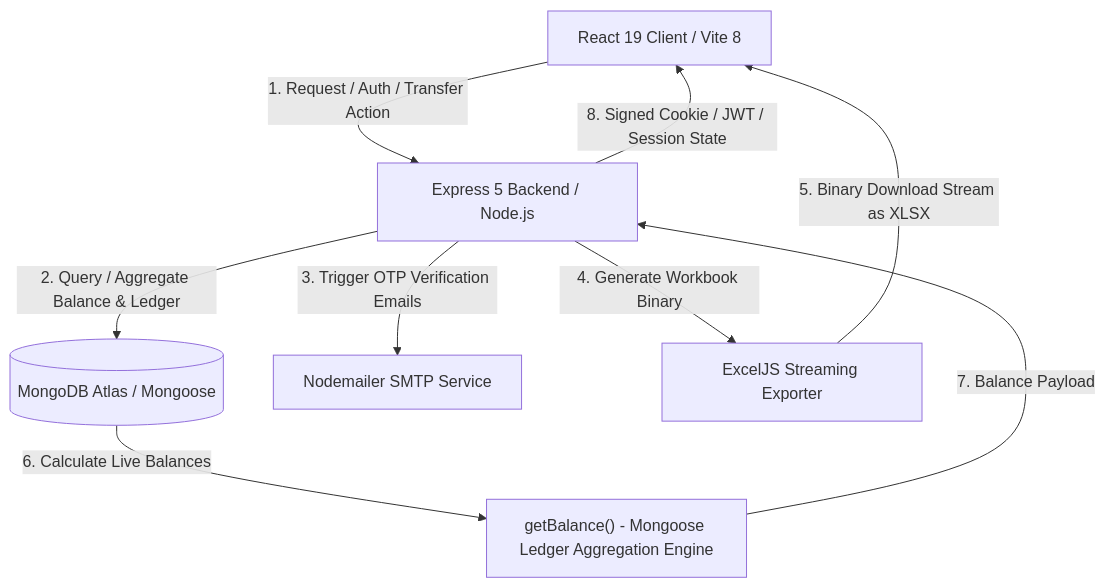
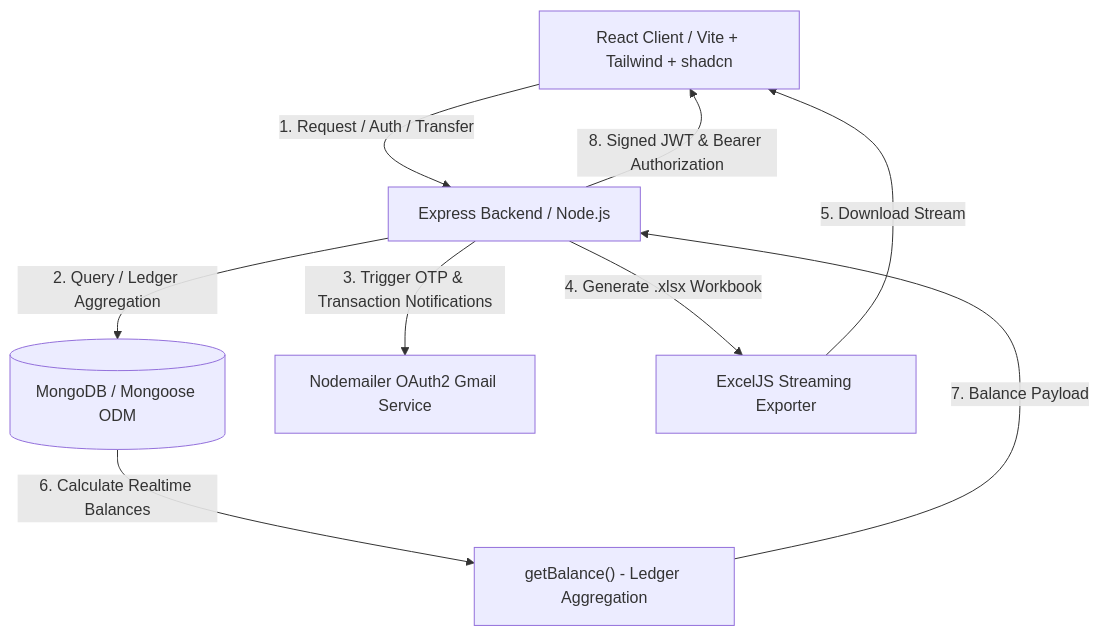
Before and after one commit to nihar5776/Banking-System: the diagram in README.md, drawn with Mermaid. The commit also changed other lines of this file and 41 other files, not shown here.

Commit message:
feat: redesign modern banking frontend with purple theme, recharts analytics, transaction history, and tab-isolated auth

````diff
--- a/README.md
+++ b/README.md
@@ -23,11 +23,11 @@
 ```mermaid
 graph TD
-    Client[React 19 Client / Vite 8] -->|1. Request / Auth / Transfer Action| Backend[Express 5 Backend / Node.js]
-    Backend -->|2. Query / Aggregate Balance & Ledger| Database[(MongoDB Atlas / Mongoose)]
-    Backend -->|3. Trigger OTP Verification Emails| EmailService[Nodemailer SMTP Service]
-    Backend -->|4. Generate Workbook Binary| ExcelService[ExcelJS Streaming Exporter]
-    ExcelService -->|5. Binary Download Stream as XLSX| Client
-    Database -->|6. Calculate Live Balances| BalanceEngine["getBalance() - Mongoose Ledger Aggregation Engine"]
+    Client[React Client / Vite + Tailwind + shadcn] -->|1. Request / Auth / Transfer| Backend[Express Backend / Node.js]
+    Backend -->|2. Query / Ledger Aggregation| Database[(MongoDB / Mongoose ODM)]
+    Backend -->|3. Trigger OTP & Transaction Notifications| EmailService[Nodemailer OAuth2 Gmail Service]
+    Backend -->|4. Generate .xlsx Workbook| ExcelService[ExcelJS Streaming Exporter]
+    ExcelService -->|5. Download Stream| Client
+    Database -->|6. Calculate Realtime Balances| BalanceEngine["getBalance() - Ledger Aggregation"]
     BalanceEngine -->|7. Balance Payload| Backend
-    Backend -->|8. Signed Cookie / JWT / Session State| Client
+    Backend -->|8. Signed JWT & Bearer Authorization| Client
 ```
````
